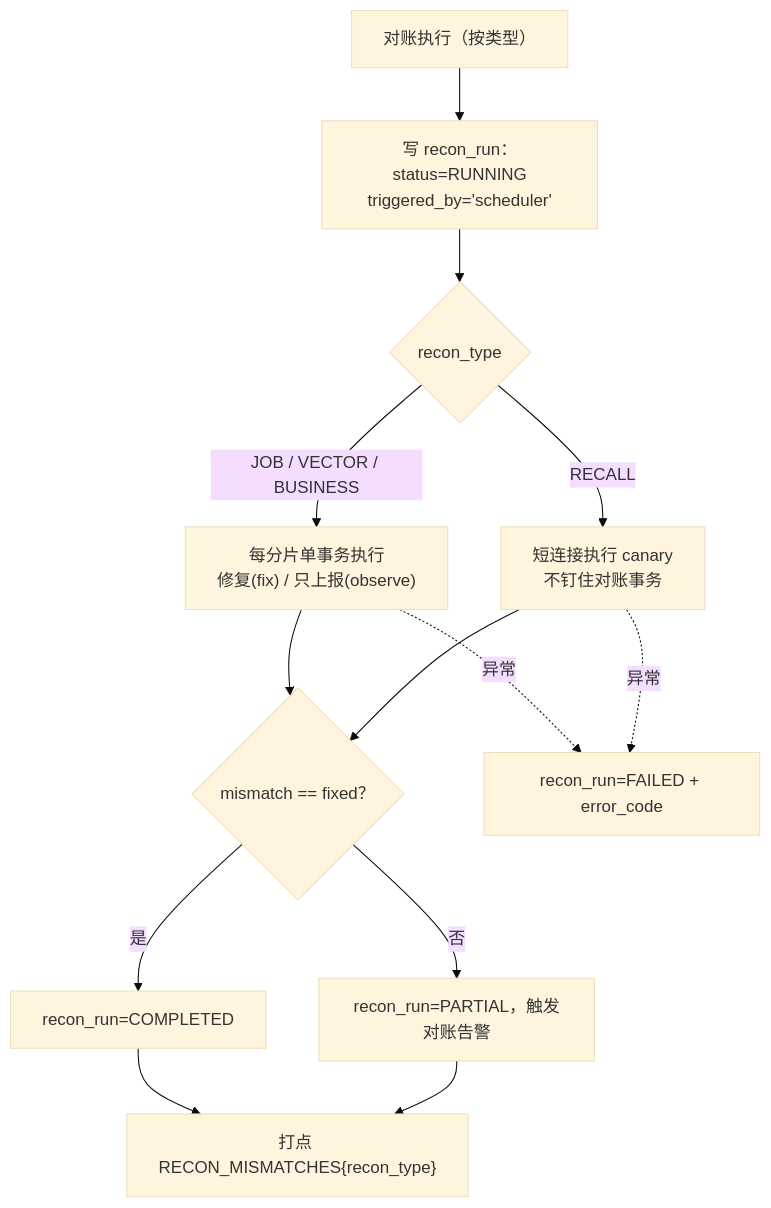
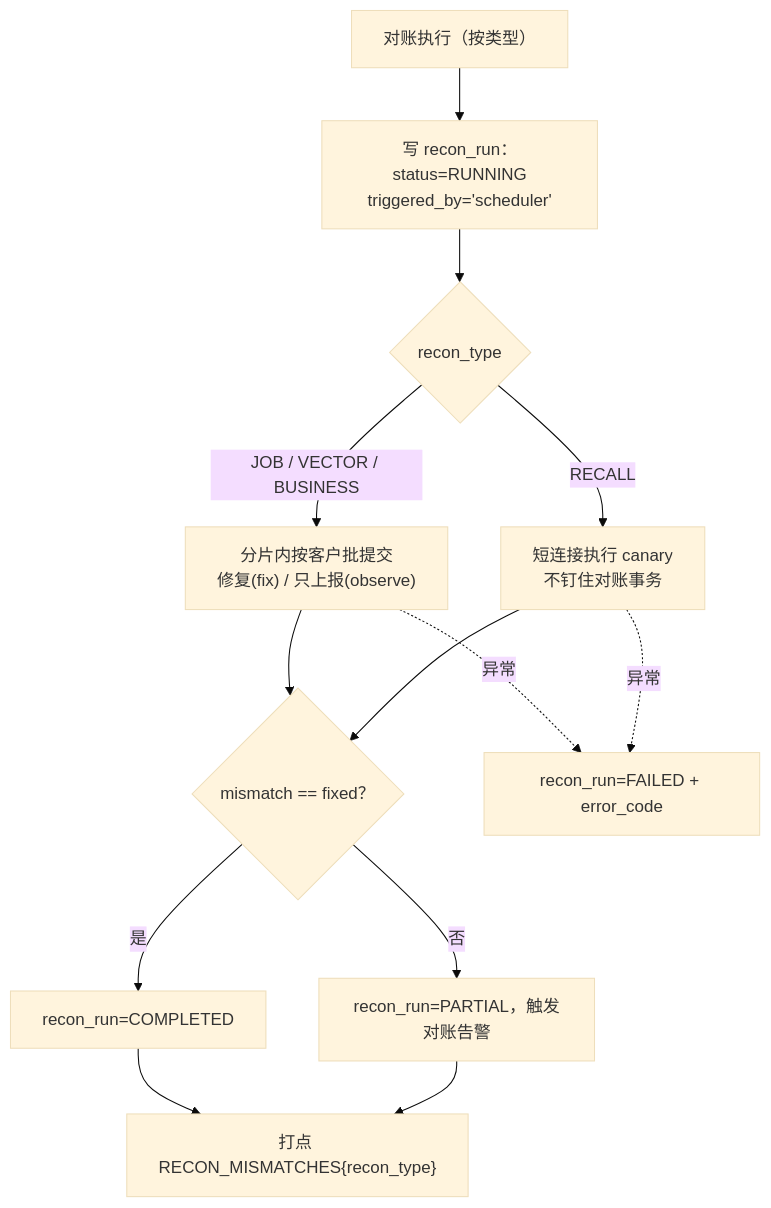
One commit to luming1617/mms changed the sixth of 11 diagrams in docs/0-概要设计/4-Convergence组件设计.md. Above: the diagram before and after it, drawn with Mermaid (base theme). The commit also changed other lines of this file and 4 other files, not shown here.

````diff
--- a/docs/0-概要设计/4-Convergence组件设计.md
+++ b/docs/0-概要设计/4-Convergence组件设计.md
@@ -406,15 +408,15 @@
 ```mermaid
 graph TD
     A["对账执行（按类型）"] --> B["写 recon_run：status=RUNNING<br/>triggered_by='scheduler'"]
     B --> C{"recon_type"}
-    C -->|JOB / VECTOR / BUSINESS| D["每分片单事务执行<br/>修复(fix) / 只上报(observe)"]
+    C -->|JOB / VECTOR / BUSINESS| D["分片内按客户批提交<br/>修复(fix) / 只上报(observe)"]
     C -->|RECALL| E["短连接执行 canary<br/>不钉住对账事务"]
     D --> F{"mismatch == fixed？"}
     E --> F
     F -->|是| G["recon_run=COMPLETED"]
     F -->|否| H["recon_run=PARTIAL，触发对账告警"]
     D -.->|异常| I["recon_run=FAILED + error_code"]
     E -.->|异常| I
     G --> J["打点 RECON_MISMATCHES{recon_type}"]
     H --> J
 ```
````
